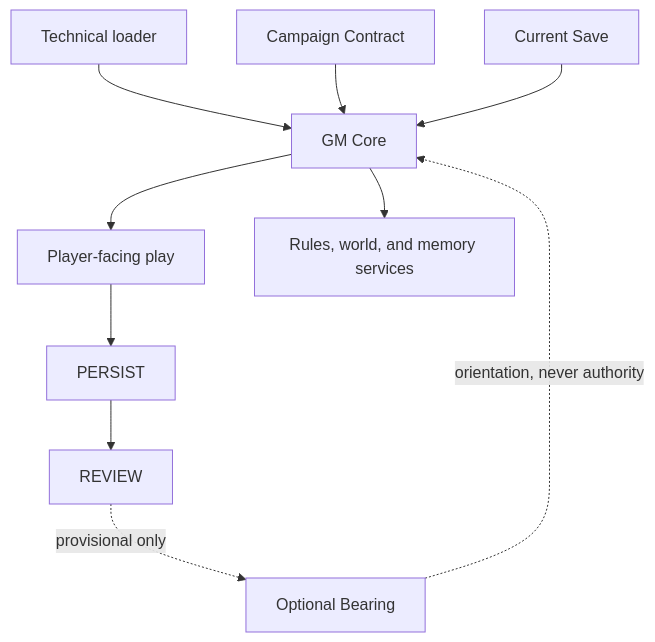
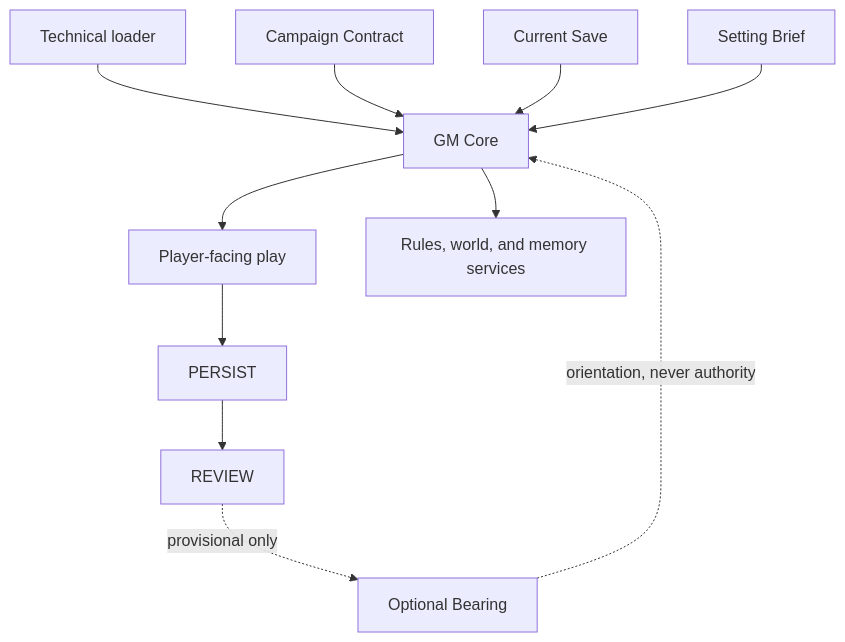
Before and after one commit to croatianrdy2defend-create/RPG-OS: the diagram in ARCHITECTURE.md, drawn with Mermaid. The commit also changed other lines of this file and 23 other files, not shown here.

````diff
--- a/ARCHITECTURE.md
+++ b/ARCHITECTURE.md
@@ -47,12 +50,13 @@
 ```mermaid
 flowchart TD
     L["Technical loader"] --> G["GM Core"]
     C["Campaign Contract"] --> G
     S["Current Save"] --> G
+    Q["Setting Brief"] --> G
     B["Optional Bearing"] -. "orientation, never authority" .-> G
     G --> P["Player-facing play"]
     G --> X["Rules, world, and memory services"]
     P --> R["PERSIST"]
     R --> V["REVIEW"]
     V -. "provisional only" .-> B
 ```
````
